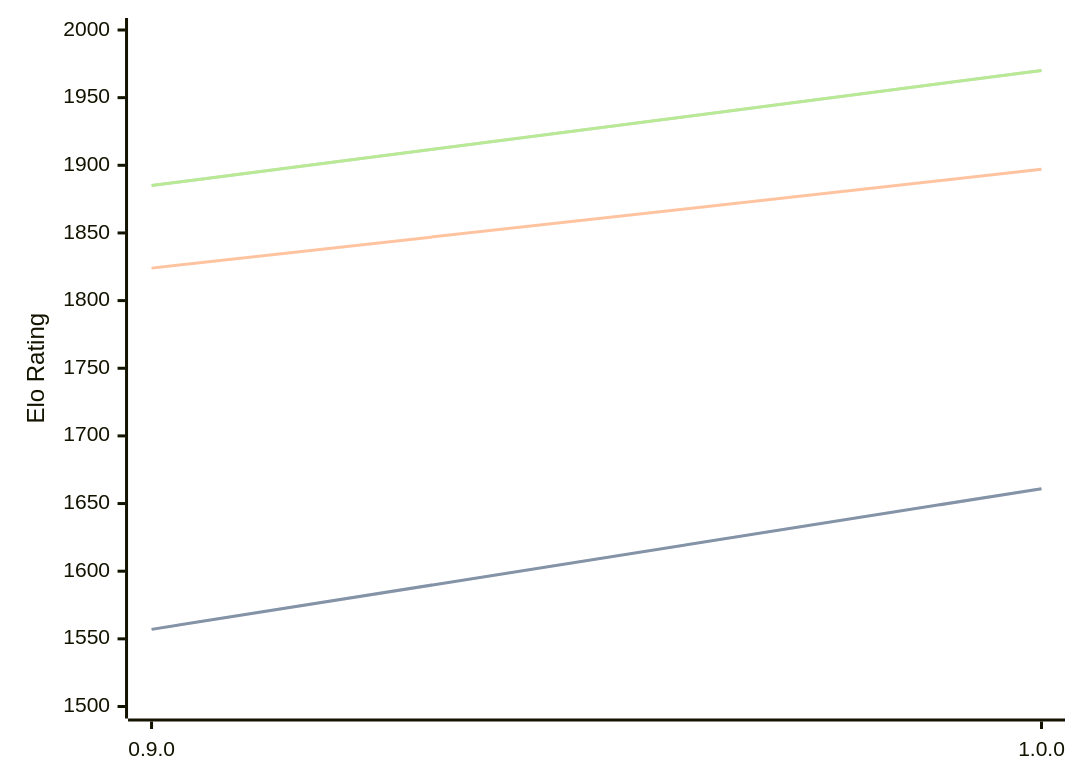
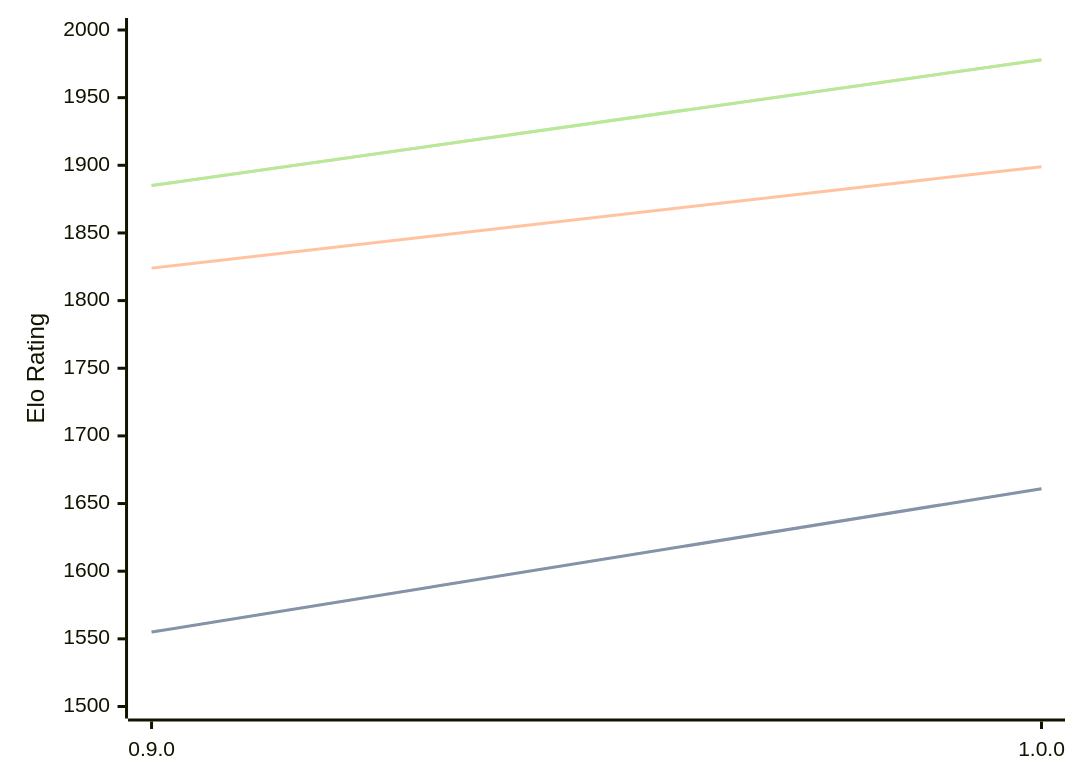
The diagram in engines/Ratsu.md (computer-chess-index/cci), drawn with Mermaid before and after one commit. The commit also changed other lines of this file, not shown here.

Commit message:
Update CCI Ratings (ELO VLTC) - 2026-03-30

````diff
--- a/engines/Ratsu.md
+++ b/engines/Ratsu.md
@@ -32,11 +32,11 @@
 ```mermaid
 %%{init: {"theme":"base","themeVariables":{"seriesColors:['#a3a3a3','#222221','#faa371']}}}%%
 xychart-beta
   x-axis ["0.9.0", "1.0.0"]
   y-axis "Elo Rating" 1500 --> 2000
-  line "STC (8.0+0.08s)" [1557, 1661]
-  line "STC (8.0+0.08s)" [1557, 1661]
-  line "LTC (60.0+0.60s)" [1824, 1897]
-  line "VLTC (2m24s+1.12s)" [1885, 1970]
-  line "VLTC (2m24s+1.12s)" [1885, 1970]
+  line "STC (8.0+0.08s)" [1555, 1661]
+  line "STC (8.0+0.08s)" [1555, 1661]
+  line "LTC (60.0+0.60s)" [1824, 1899]
+  line "VLTC (2m24s+1.12s)" [1885, 1978]
+  line "VLTC (2m24s+1.12s)" [1885, 1978]
 ```
````
